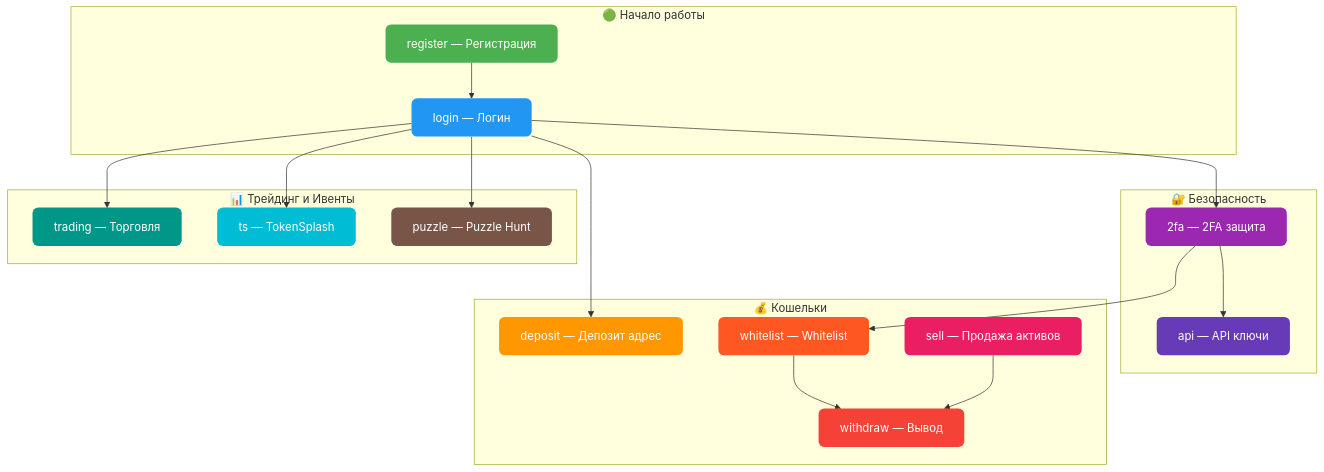
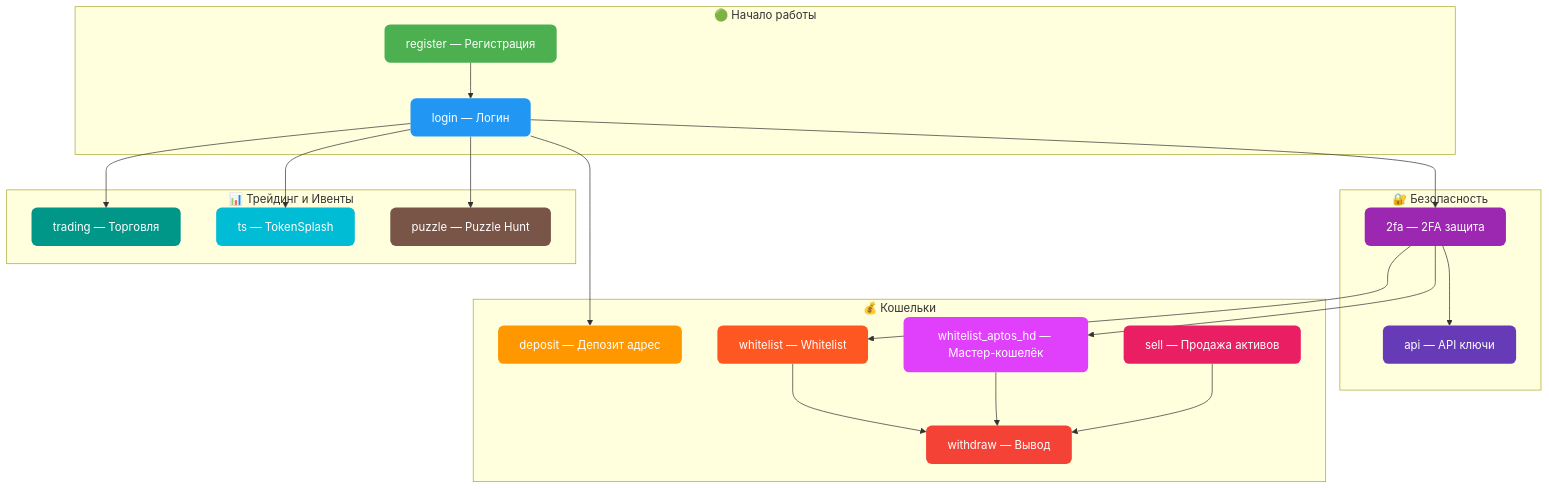
One commit to AutoPilotSoftware/docs changed diagram 11 of 11 in src/content/docs/bybit-autopilot.md. Above: the diagram before and after it, drawn with Mermaid. The commit also changed other lines of this file and 1 other file, not shown here.

````diff
--- a/src/content/docs/bybit-autopilot.md
+++ b/src/content/docs/bybit-autopilot.md
@@ -390,48 +458,52 @@
 ```mermaid
 flowchart TD
     subgraph REG ["🟢 Начало работы"]
         R["register — Регистрация"]
         L["login — Логин"]
     end
 
     subgraph SEC ["🔐 Безопасность"]
         FA["2fa — 2FA защита"]
         API["api — API ключи"]
     end
 
     subgraph WALLET ["💰 Кошельки"]
         D["deposit — Депозит адрес"]
         W["whitelist — Whitelist"]
+        HD["whitelist_aptos_hd — Мастер-кошелёк"]
         WD["withdraw — Вывод"]
         S["sell — Продажа активов"]
     end
 
     subgraph TRADE ["📊 Трейдинг и Ивенты"]
         T["trading — Торговля"]
         TS["ts — TokenSplash"]
         PZ["puzzle — Puzzle Hunt"]
     end
 
     R --> L
     L --> FA
     FA --> W
+    FA --> HD
     FA --> API
     W --> WD
+    HD --> WD
     S --> WD
     L --> D
     L --> T
     L --> TS
     L --> PZ
 
     style R fill:#4CAF50,color:#fff,stroke:none,rx:8
     style L fill:#2196F3,color:#fff,stroke:none,rx:8
     style FA fill:#9C27B0,color:#fff,stroke:none,rx:8
     style API fill:#673AB7,color:#fff,stroke:none,rx:8
     style D fill:#FF9800,color:#fff,stroke:none,rx:8
     style W fill:#FF5722,color:#fff,stroke:none,rx:8
+    style HD fill:#E040FB,color:#fff,stroke:none,rx:8
     style WD fill:#f44336,color:#fff,stroke:none,rx:8
     style S fill:#E91E63,color:#fff,stroke:none,rx:8
     style T fill:#009688,color:#fff,stroke:none,rx:8
     style TS fill:#00BCD4,color:#fff,stroke:none,rx:8
     style PZ fill:#795548,color:#fff,stroke:none,rx:8
 ```
````
